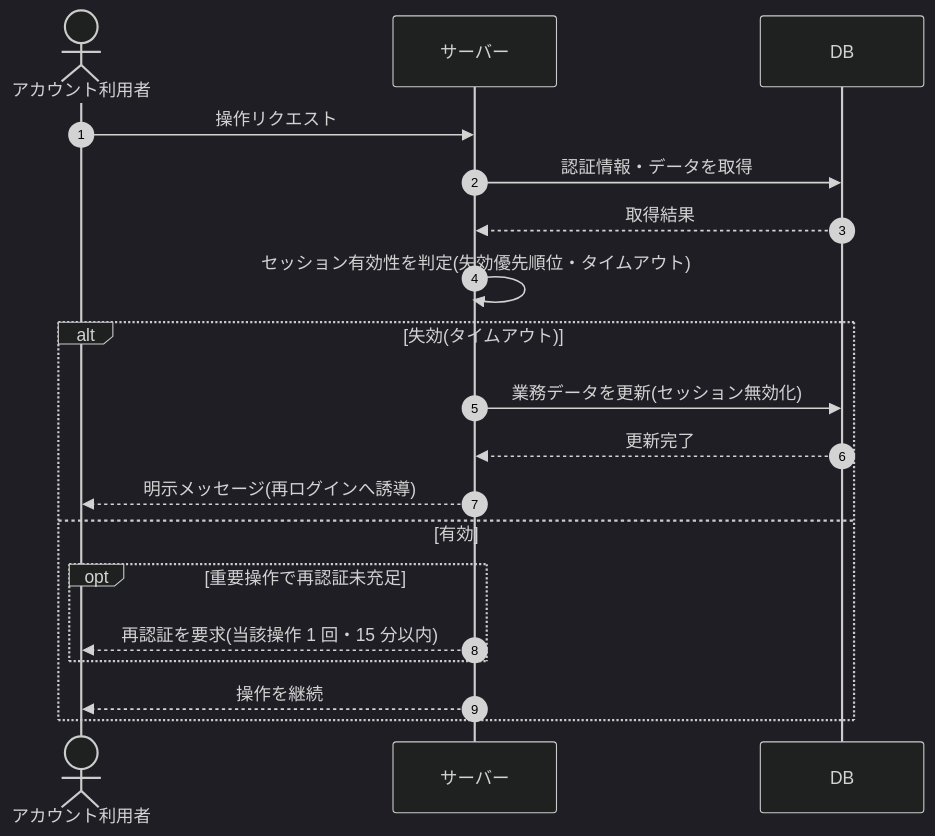
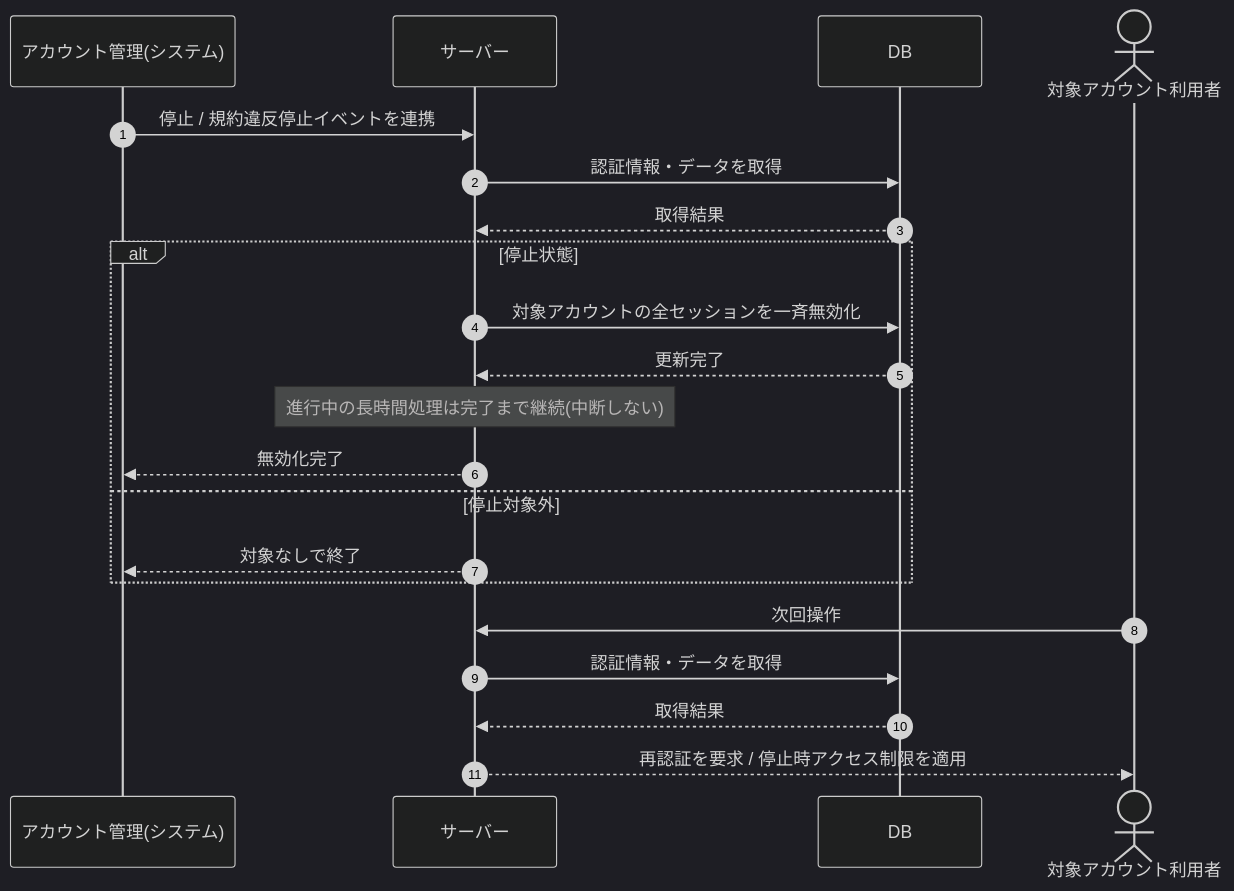
Before and after one commit to sikakou54/open-faq: the diagram in 02_basic_design/03_sequences/SEQ-102.md, drawn with Mermaid (dark theme). The commit also changed other lines of this file and 395 other files, not shown here.

````diff
--- a/02_basic_design/03_sequences/SEQ-102.md
+++ b/02_basic_design/03_sequences/SEQ-102.md
@@ -25,21 +25,23 @@
 ```mermaid
 sequenceDiagram
   autonumber
-  actor U as アカウント利用者
+  participant OP as アカウント管理(システム)
   participant Server as サーバー
   participant DB as DB
-  U->>Server: 操作リクエスト
+  actor U as 対象アカウント利用者
+  OP->>Server: 停止 / 規約違反停止イベントを連携
   Server->>DB: 認証情報・データを取得
   DB-->>Server: 取得結果
-  Server->>Server: セッション有効性を判定(失効優先順位・タイムアウト)
-  alt 失効(タイムアウト)
-    Server->>DB: 業務データを更新(セッション無効化)
+  alt 停止状態
+    Server->>DB: 対象アカウントの全セッションを一斉無効化
     DB-->>Server: 更新完了
-    Server-->>U: 明示メッセージ(再ログインへ誘導)
-  else 有効
-    opt 重要操作で再認証未充足
-      Server-->>U: 再認証を要求(当該操作 1 回・15 分以内)
-    end
-    Server-->>U: 操作を継続
+    Note over Server: 進行中の長時間処理は完了まで継続(中断しない)
+    Server-->>OP: 無効化完了
+  else 停止対象外
+    Server-->>OP: 対象なしで終了
   end
+  U->>Server: 次回操作
+  Server->>DB: 認証情報・データを取得
+  DB-->>Server: 取得結果
+  Server-->>U: 再認証を要求 / 停止時アクセス制限を適用
 ```
````
